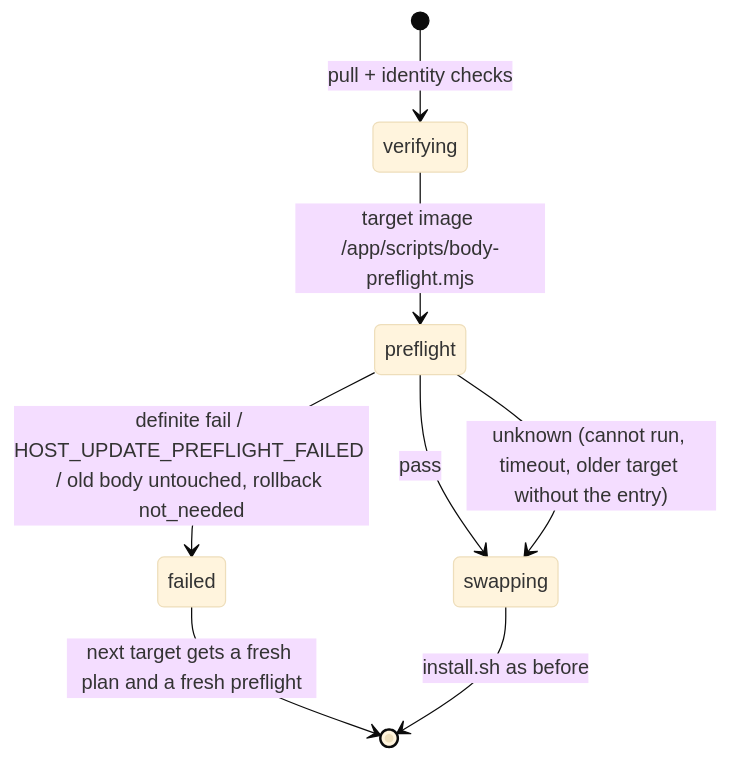
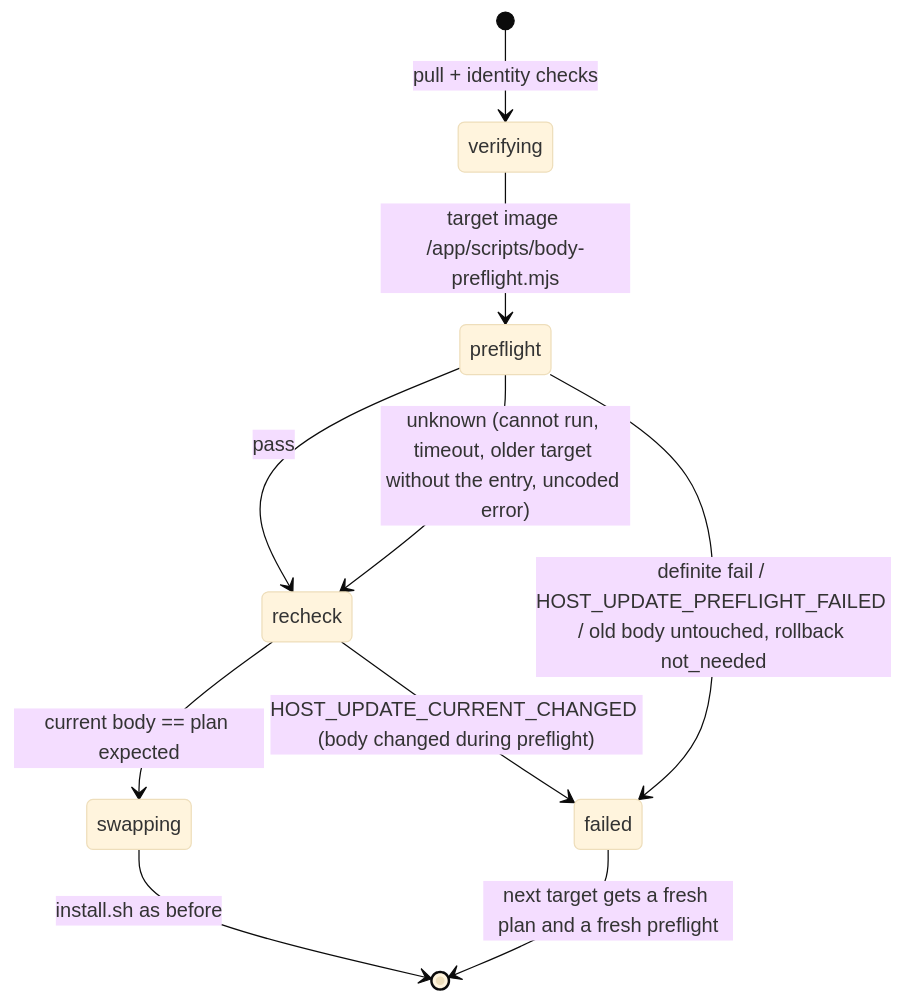
One commit to kitepon/BellTeam changed the eighth of 8 diagrams in docs/architecture/modules/runtime/container-update-bundled.md. Above: the diagram before and after it, drawn with Mermaid (base theme). The commit also changed other lines of this file and 6 other files, not shown here.

Commit message:
Preflight gate corrections: uncoded validator error is unknown; strict bool prerelease; socket mount readonly; recheck current body after preflight

````diff
--- a/docs/architecture/modules/runtime/container-update-bundled.md
+++ b/docs/architecture/modules/runtime/container-update-bundled.md
@@ -215,10 +215,12 @@
 ```mermaid
 stateDiagram-v2
   [*] --> verifying: pull + identity checks
   verifying --> preflight: target image /app/scripts/body-preflight.mjs
-  preflight --> swapping: pass
-  preflight --> swapping: unknown (cannot run, timeout, older target without the entry)
+  preflight --> recheck: pass
+  preflight --> recheck: unknown (cannot run, timeout, older target without the entry, uncoded error)
+  recheck --> swapping: current body == plan expected
+  recheck --> failed: HOST_UPDATE_CURRENT_CHANGED (body changed during preflight)
   preflight --> failed: definite fail / HOST_UPDATE_PREFLIGHT_FAILED / old body untouched, rollback not_needed
   failed --> [*]: next target gets a fresh plan and a fresh preflight
   swapping --> [*]: install.sh as before
 ```
````
